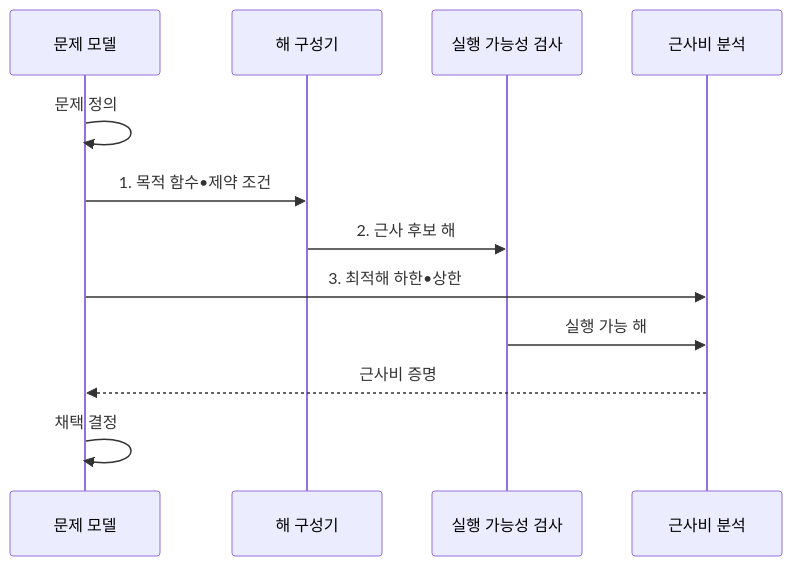
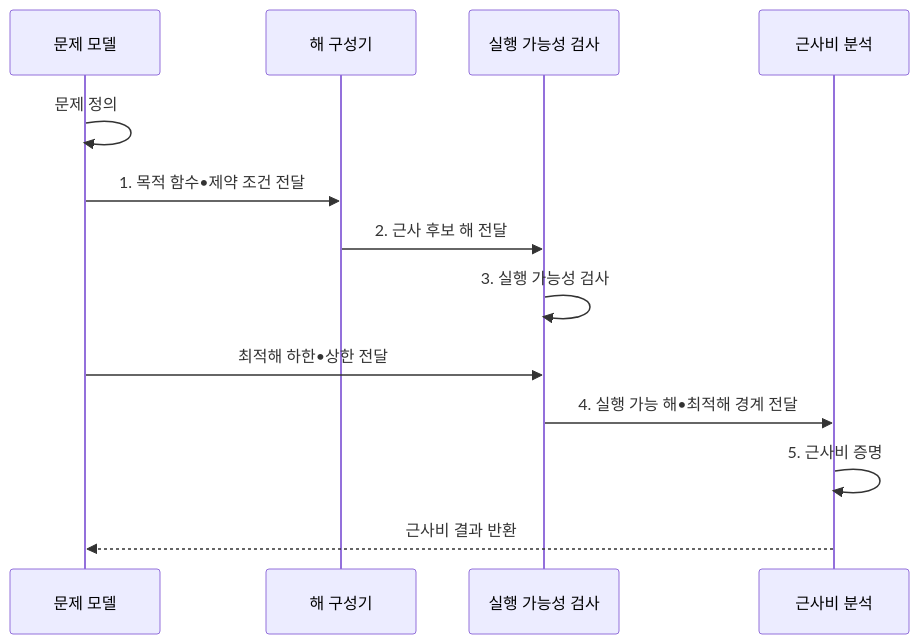
Before and after one commit to agnusdei1207/knowledge-base: the second of 2 diagrams in src/content/docs/notes/01-basic-theory/060_approximation_algo.md, drawn with Mermaid. The commit also changed other lines of this file and 8 other files, not shown here.

````diff
--- a/src/content/docs/notes/01-basic-theory/060_approximation_algo.md
+++ b/src/content/docs/notes/01-basic-theory/060_approximation_algo.md
@@ -104,14 +104,15 @@
 ```mermaid
 sequenceDiagram
     participant M as 문제 모델
     participant C as 해 구성기
     participant V as 실행 가능성 검사
     participant B as 근사비 분석
     M->>M: 문제 정의
-    M->>C: 1. 목적 함수•제약 조건
-    C->>V: 2. 근사 후보 해
-    M->>B: 3. 최적해 하한•상한
-    V->>B: 실행 가능 해
-    B-->>M: 근사비 증명
-    M->>M: 채택 결정
+    M->>C: 1. 목적 함수•제약 조건 전달
+    C->>V: 2. 근사 후보 해 전달
+    V->>V: 3. 실행 가능성 검사
+    M->>V: 최적해 하한•상한 전달
+    V->>B: 4. 실행 가능 해•최적해 경계 전달
+    B->>B: 5. 근사비 증명
+    B-->>M: 근사비 결과 반환
 ```
````
